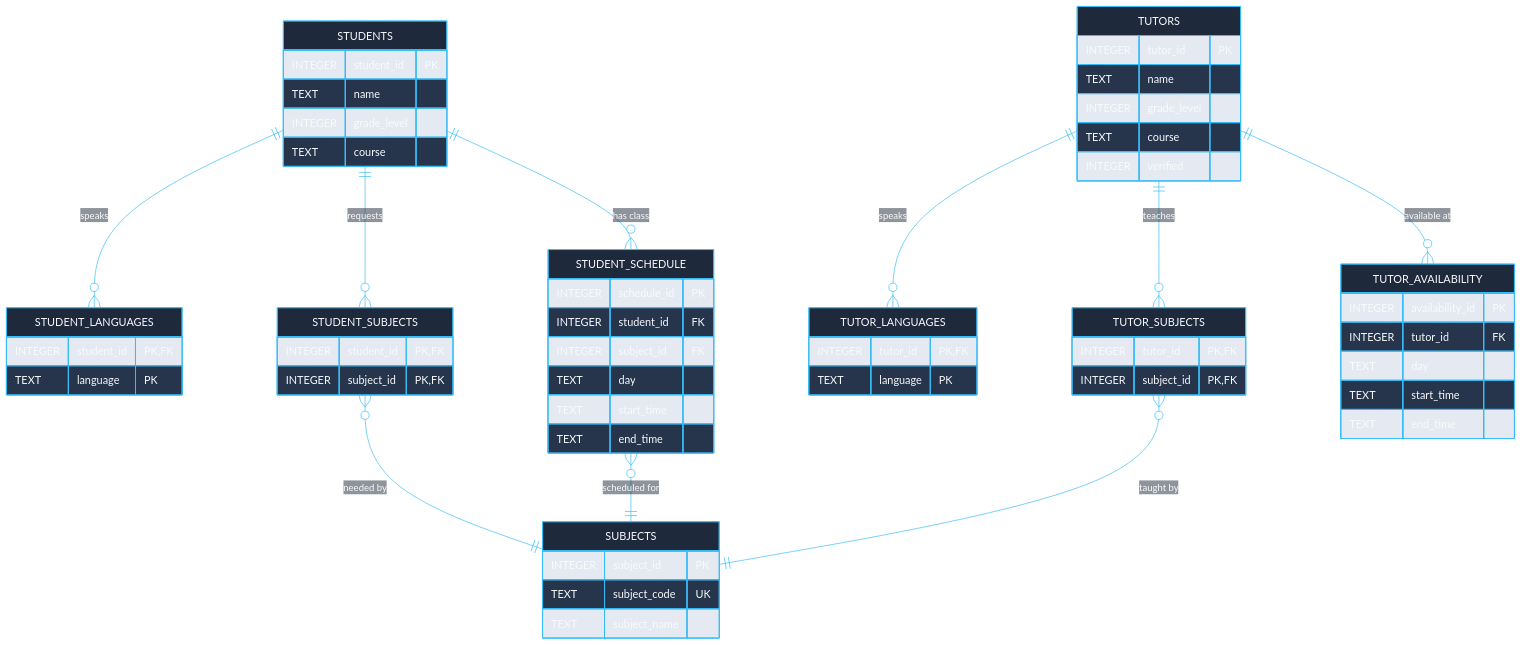
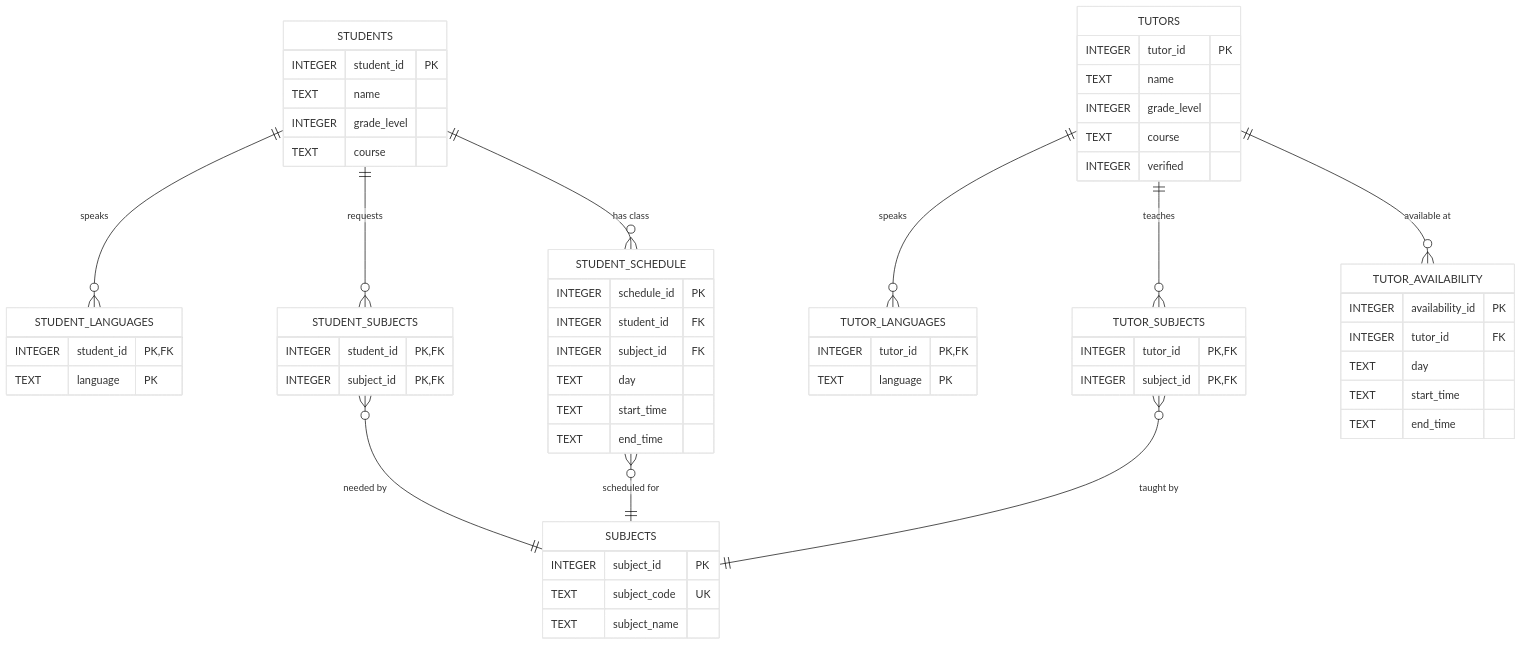
Before and after one commit to franciskendrick/TUGMA: the diagram in README.md, drawn with Mermaid. The commit also changed 1 other file, not shown here.

Commit message:
Updated ERD to automatically have a white background

````diff
--- a/README.md
+++ b/README.md
@@ -66,20 +66,5 @@
 ```mermaid
-%%{
-  init: {
-    'theme': 'base',
-    'themeVariables': {
-      'primaryColor': '#1e293b',
-      'primaryTextColor': '#f8fafc',
-      'primaryBorderColor': '#38bdf8',
-      'lineColor': '#38bdf8',
-      'secondaryColor': '#0f172a',
-      'tertiaryColor': '#1e293b',
-      'attributeColorOdd': '#1e293b',
-      'attributeColorEven': '#0f172a',
-      'fontFamily': 'ui-sans-serif, system-ui, sans-serif'
-    }
-  }
-}%%
+%%{init: {'theme': 'base', 'themeVariables': { 'primaryColor': '#ffffff', 'mainBkg': '#ffffff', 'background': '#ffffff'}}}%%
 erDiagram
     %% Core Parent Entities
     STUDENTS {
````
